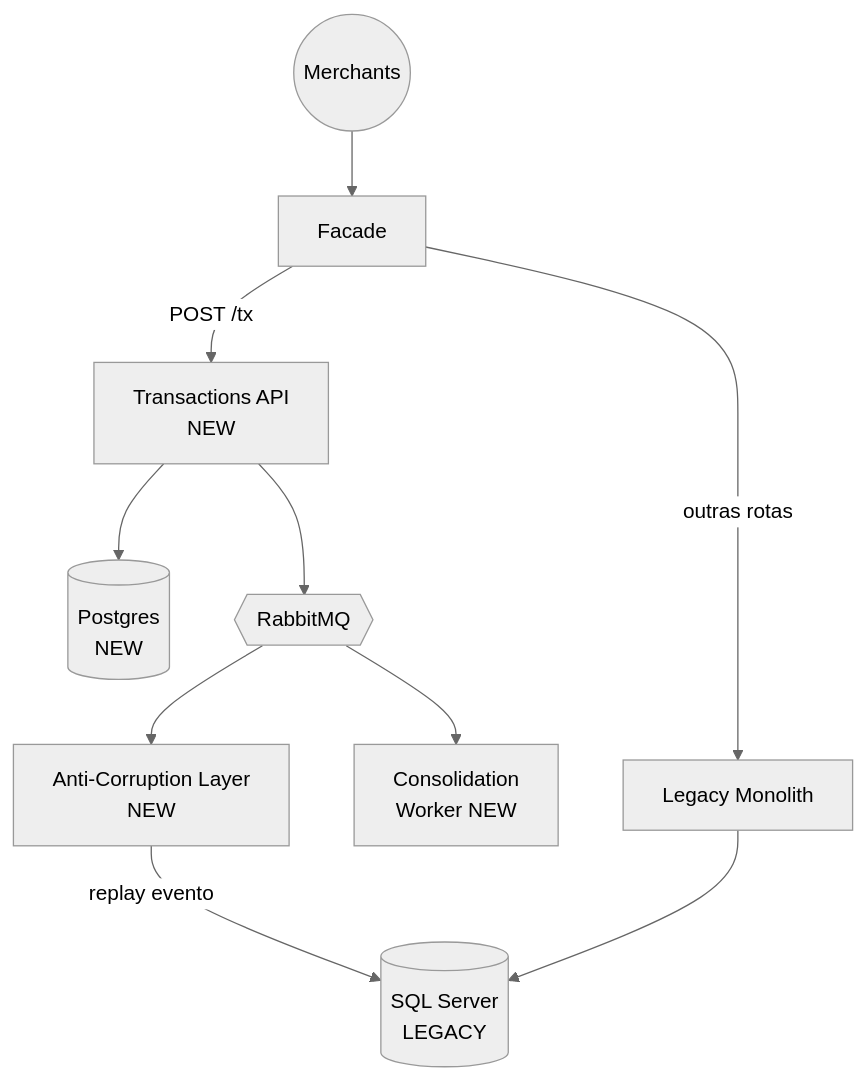
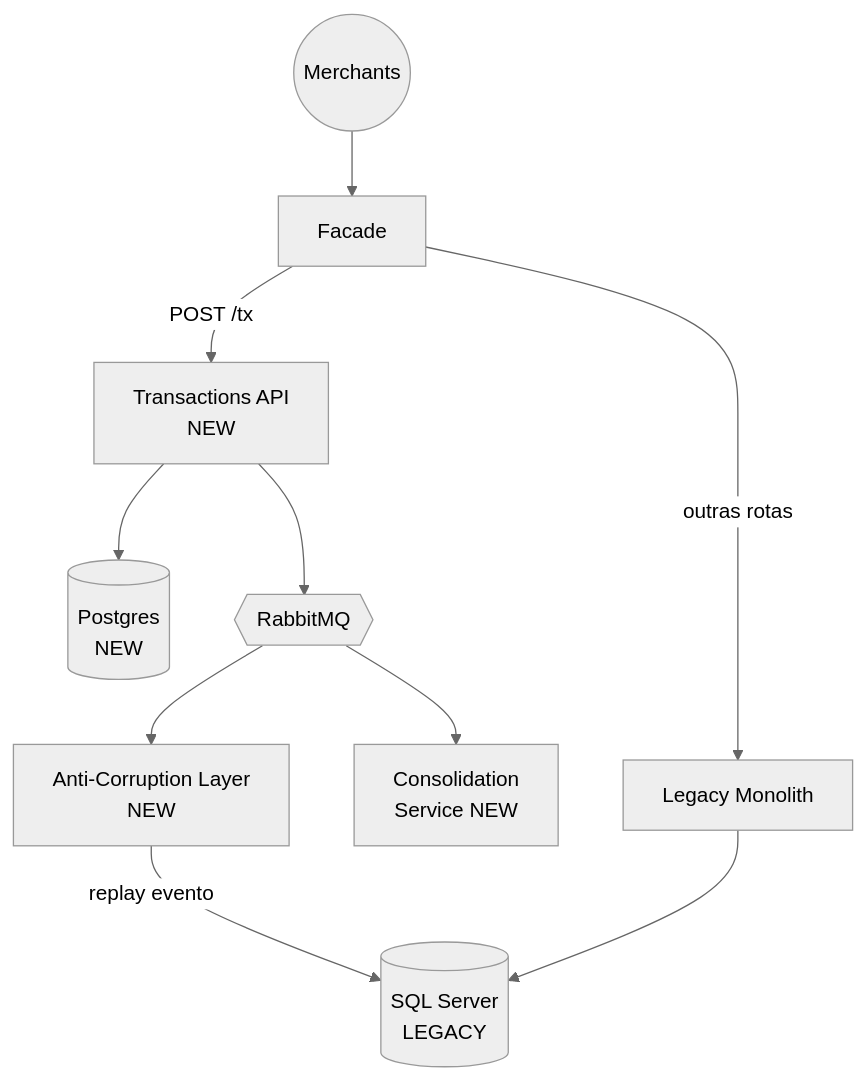
The fourth of 5 diagrams in docs/transition/transition-plan.md (vldmatos/Daily-Cash-Flow), drawn with Mermaid (neutral theme) before and after one commit. The commit also changed other lines of this file and 84 other files, not shown here.

First line of the commit message:
[feat]: applications from architecture for CashFlow

````diff
--- a/docs/transition/transition-plan.md
+++ b/docs/transition/transition-plan.md
@@ -100,12 +100,12 @@
 ```mermaid
 flowchart TB
     users((Merchants)) --> facade[Facade]
     facade -->|POST /tx| newTx[Transactions API<br/>NEW]
     newTx --> pg[(Postgres<br/>NEW)]
     newTx --> bus{{RabbitMQ}}
     bus --> acl[Anti-Corruption Layer<br/>NEW]
     acl -- replay evento --> sql[(SQL Server<br/>LEGACY)]
-    bus --> newWorker[Consolidation<br/>Worker NEW]
+    bus --> newWorker[Consolidation<br/>Service NEW]
     legacy[Legacy Monolith] --> sql
     facade -->|outras rotas| legacy
 ```
````
